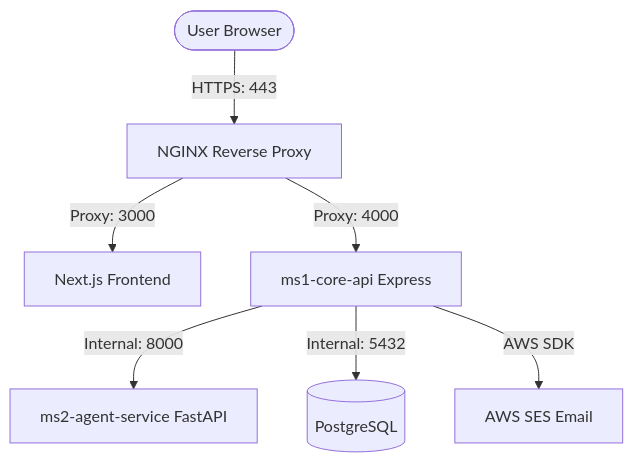
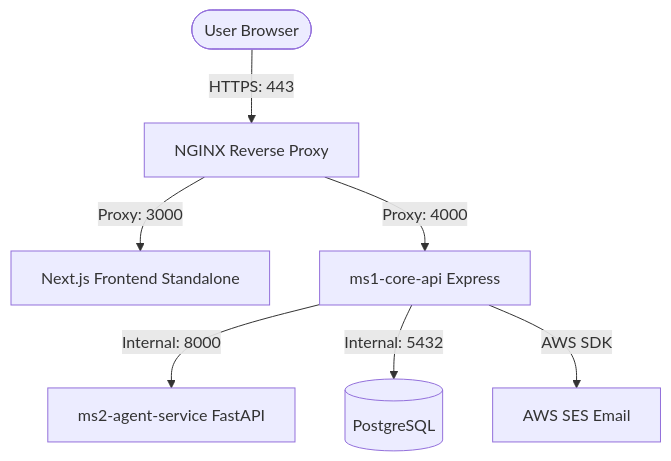
One commit to Amandsvv/EcoMatch changed the diagram in DEPLOYMENT_GUIDE.md. Above: the diagram before and after it, drawn with Mermaid. The commit also changed other lines of this file and 17 other files, not shown here.

````diff
--- a/DEPLOYMENT_GUIDE.md
+++ b/DEPLOYMENT_GUIDE.md
@@ -9,9 +9,9 @@
 ```mermaid
 graph TD
     User([User Browser]) -->|HTTPS: 443| Nginx[NGINX Reverse Proxy]
-    Nginx -->|Proxy: 3000| Frontend[Next.js Frontend]
+    Nginx -->|Proxy: 3000| Frontend[Next.js Frontend Standalone]
     Nginx -->|Proxy: 4000| MS1[ms1-core-api Express]
     MS1 -->|Internal: 8000| MS2[ms2-agent-service FastAPI]
     MS1 -->|Internal: 5432| DB[(PostgreSQL)]
     MS1 -->|AWS SDK| SES[AWS SES Email]
 ```
````
